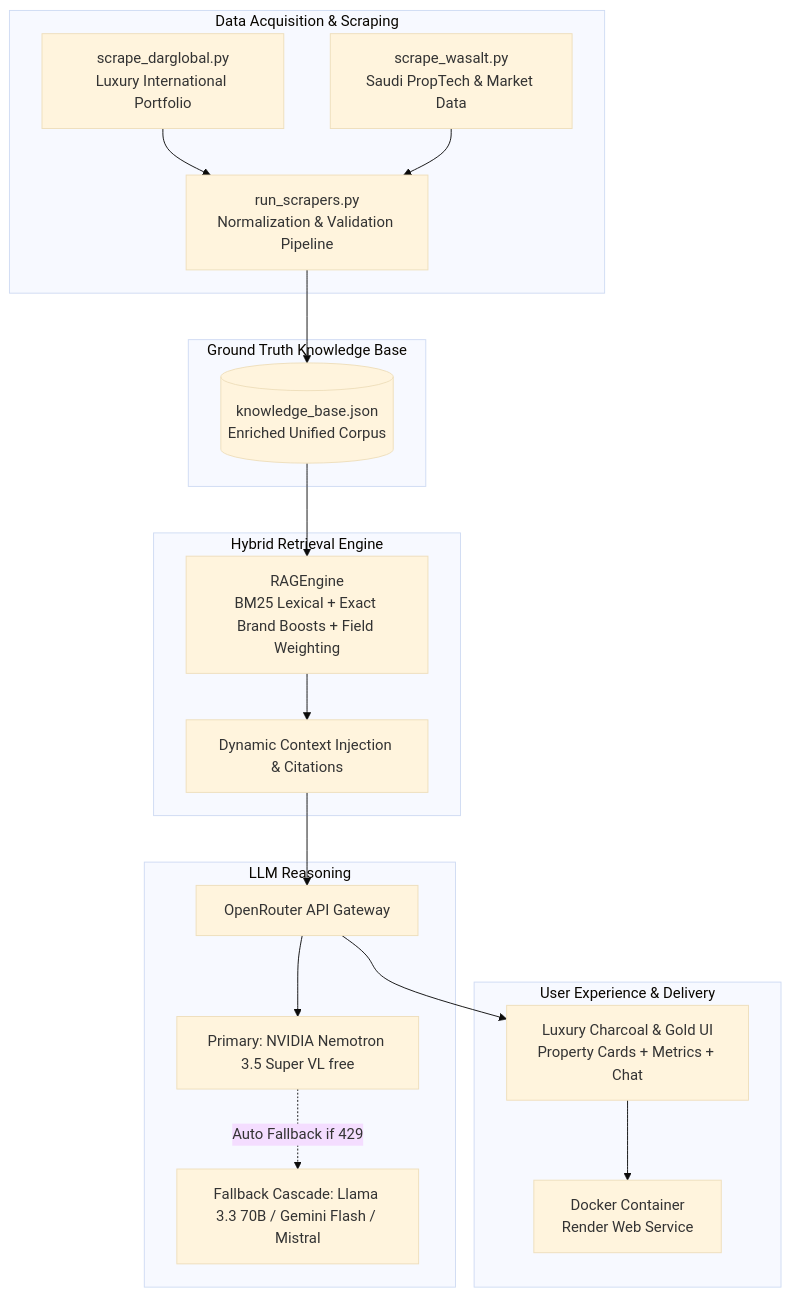
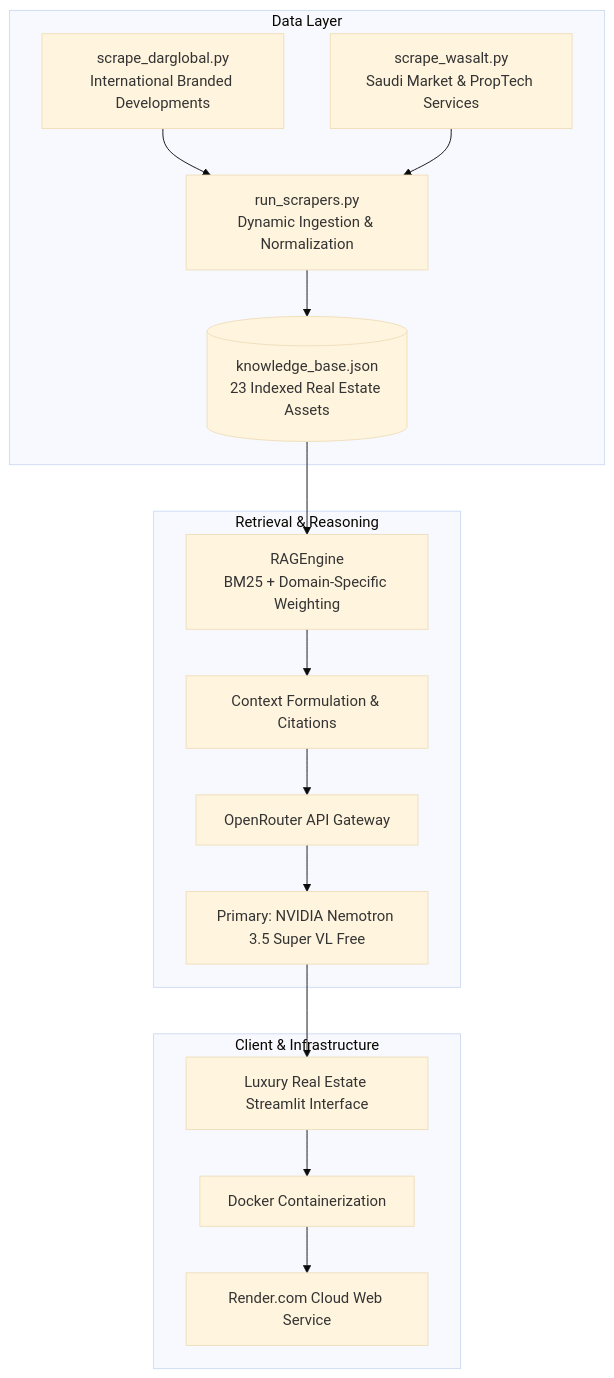
Before and after one commit to Alok-Fusion/darglobal-demo: the diagram in README.md, drawn with Mermaid (base theme). The commit also changed other lines of this file and 21 other files, not shown here.

````diff
--- a/README.md
+++ b/README.md
@@ -24,39 +19,33 @@
 ```mermaid
 flowchart TD
-    subgraph Data Acquisition & Scraping
-        DG[scrape_darglobal.py<br/>Luxury International Portfolio]
-        WS[scrape_wasalt.py<br/>Saudi PropTech & Market Data]
-        RUN[run_scrapers.py<br/>Normalization & Validation Pipeline]
+    subgraph Data Layer
+        DG[scrape_darglobal.py<br/>International Branded Developments]
+        WS[scrape_wasalt.py<br/>Saudi Market & PropTech Services]
+        RUN[run_scrapers.py<br/>Dynamic Ingestion & Normalization]
+        KB[(knowledge_base.json<br/>23 Indexed Real Estate Assets)]
     end
 
-    subgraph Ground Truth Knowledge Base
-        KB[(knowledge_base.json<br/>Enriched Unified Corpus)]
+    subgraph Retrieval & Reasoning
+        RAG[RAGEngine<br/>BM25 + Domain-Specific Weighting]
+        CTX[Context Formulation & Citations]
+        OR[OpenRouter API Gateway]
+        NEMO[Primary: NVIDIA Nemotron 3.5 Super VL Free]
     end
 
-    subgraph Hybrid Retrieval Engine
-        RAG[RAGEngine<br/>BM25 Lexical + Exact Brand Boosts + Field Weighting]
-        CTX[Dynamic Context Injection & Citations]
-    end
-
-    subgraph LLM Reasoning
-        OR[OpenRouter API Gateway]
-        NEMO[Primary: NVIDIA Nemotron 3.5 Super VL free]
-        FB[Fallback Cascade: Llama 3.3 70B / Gemini Flash / Mistral]
-    end
-
-    subgraph User Experience & Delivery
-        UI[Luxury Charcoal & Gold UI<br/>Property Cards + Metrics + Chat]
-        DKR[Docker Container<br/>Render Web Service]
+    subgraph Client & Infrastructure
+        UI[Luxury Real Estate Streamlit Interface]
+        DKR[Docker Containerization]
+        RND[Render.com Cloud Web Service]
     end
 
     DG --> RUN
     WS --> RUN
     RUN --> KB
     KB --> RAG
     RAG --> CTX
     CTX --> OR
     OR --> NEMO
-    NEMO -.->|Auto Fallback if 429| FB
-    OR --> UI
+    NEMO --> UI
     UI --> DKR
+    DKR --> RND
 ```
````
